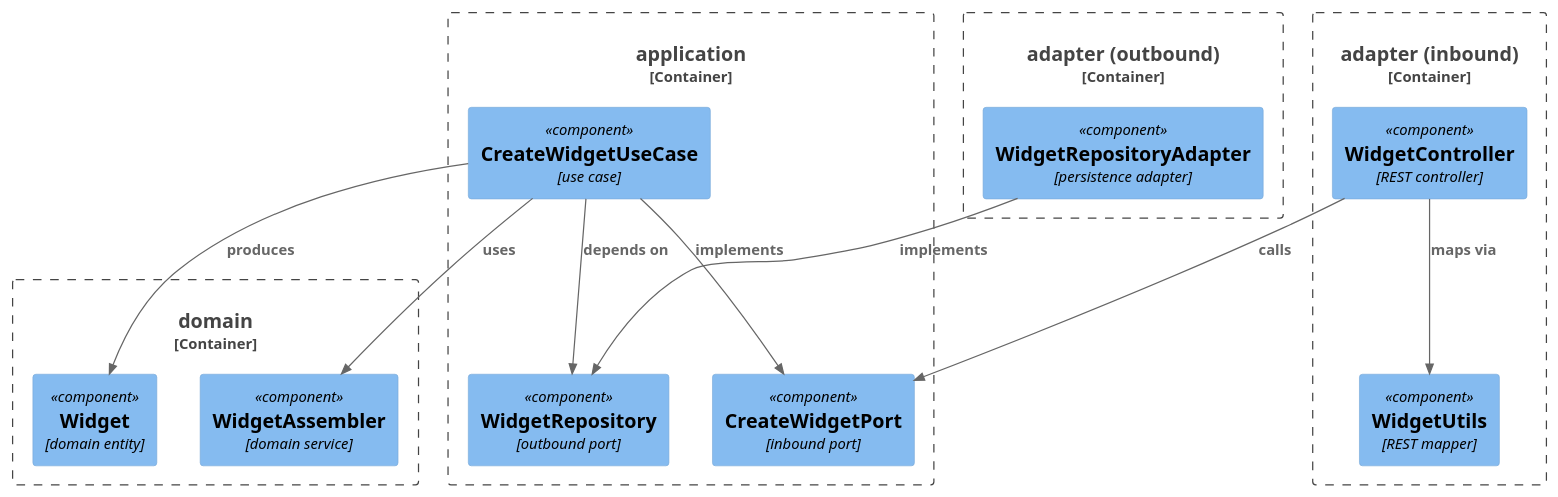
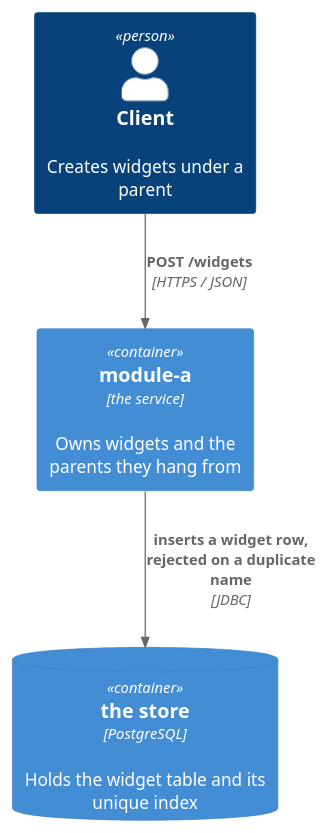
The first of 2 diagrams in .claude/templates/example-design.md (ds-usova/finance-bot), drawn with PlantUML before and after one commit. The commit also changed other lines of this file and 59 other files, not shown here.

````diff
--- a/.claude/templates/example-design.md
+++ b/.claude/templates/example-design.md
@@ -64,34 +44,16 @@
 ```plantuml
 @startuml
 ' Uses PlantUML's bundled C4-PlantUML stdlib (angle-bracket include — no network fetch, no relative file
 ' path, resolved the same way regardless of where this diagram is rendered from). If a renderer's PlantUML
 ' version doesn't have the C4 stdlib bundled, fall back to:
-' !include https://raw.githubusercontent.com/plantuml-stdlib/C4-PlantUML/master/C4_Component.puml
-!include <C4/C4_Component>
+' !include https://raw.githubusercontent.com/plantuml-stdlib/C4-PlantUML/master/C4_Container.puml
+!include <C4/C4_Container>
 
-Container_Boundary(domain, "domain") {
-  Component(widget, "Widget", "domain entity")
-  Component(widgetAssembler, "WidgetAssembler", "domain service")
-}
-Container_Boundary(application, "application") {
-  Component(createWidgetPort, "CreateWidgetPort", "inbound port")
-  Component(createWidgetUseCase, "CreateWidgetUseCase", "use case")
-  Component(widgetRepository, "WidgetRepository", "outbound port")
-}
-Container_Boundary(inboundAdapter, "adapter (inbound)") {
-  Component(widgetController, "WidgetController", "REST controller")
-  Component(widgetUtils, "WidgetUtils", "REST mapper")
-}
-Container_Boundary(outboundAdapter, "adapter (outbound)") {
-  Component(widgetRepositoryAdapter, "WidgetRepositoryAdapter", "persistence adapter")
-}
+Person(client, "Client", "Creates widgets under a parent")
+Container(moduleA, "module-a", "the service", "Owns widgets and the parents they hang from")
+ContainerDb(db, "the store", "PostgreSQL", "Holds the widget table and its unique index")
 
-Rel(widgetController, createWidgetPort, "calls")
-Rel(createWidgetUseCase, createWidgetPort, "implements")
-Rel(widgetController, widgetUtils, "maps via")
-Rel(createWidgetUseCase, widgetAssembler, "uses")
-Rel(createWidgetUseCase, widget, "produces")
-Rel(createWidgetUseCase, widgetRepository, "depends on")
-Rel(widgetRepositoryAdapter, widgetRepository, "implements")
+Rel(client, moduleA, "POST /widgets", "HTTPS / JSON")
+Rel(moduleA, db, "inserts a widget row, rejected on a duplicate name", "JDBC")
 @enduml
 ```
````
